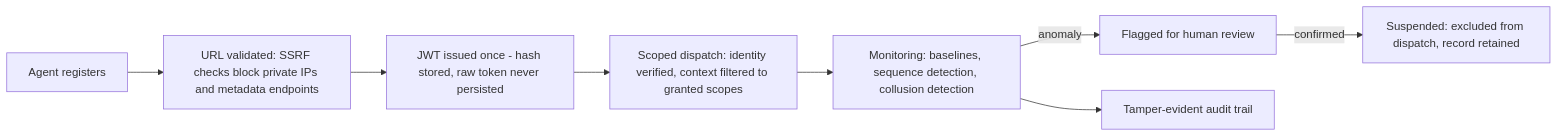
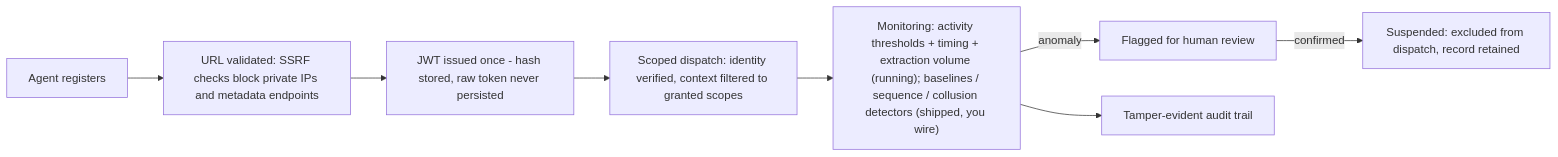
Before and after one commit to KangaKode/aiscaffold: the third of 3 diagrams in docs/SECURITY_MODEL.md, drawn with Mermaid. The commit also changed other lines of this file and 14 other files, not shown here.

````diff
--- a/docs/SECURITY_MODEL.md
+++ b/docs/SECURITY_MODEL.md
@@ -79,10 +79,10 @@
 ```mermaid
 flowchart LR
     Reg["Agent registers"] --> Val["URL validated: SSRF checks block private IPs and metadata endpoints"]
     Val --> Tok["JWT issued once - hash stored, raw token never persisted"]
     Tok --> Disp["Scoped dispatch: identity verified, context filtered to granted scopes"]
-    Disp --> Mon["Monitoring: baselines, sequence detection, collusion detection"]
+    Disp --> Mon["Monitoring: activity thresholds + timing + extraction volume (running); baselines / sequence / collusion detectors (shipped, you wire)"]
     Mon -->|"anomaly"| Flag["Flagged for human review"]
     Flag -->|"confirmed"| Susp["Suspended: excluded from dispatch, record retained"]
     Mon --> AuditT["Tamper-evident audit trail"]
 ```
````
